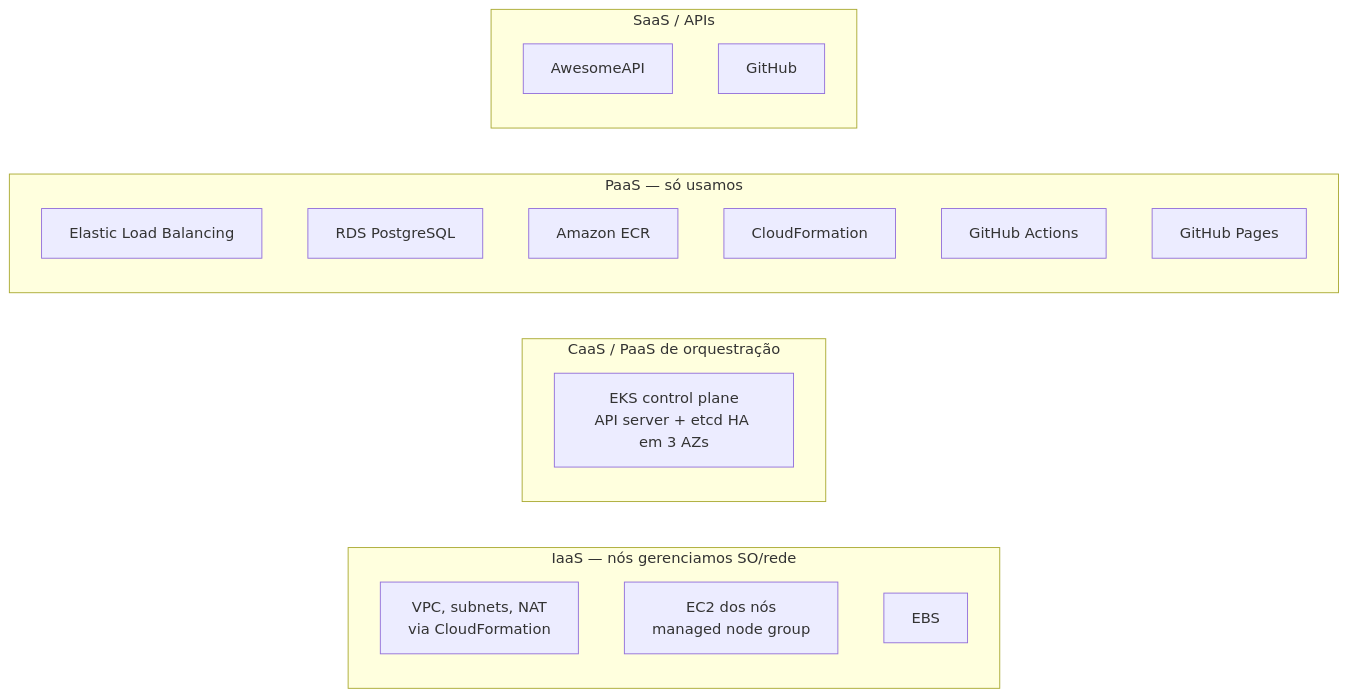
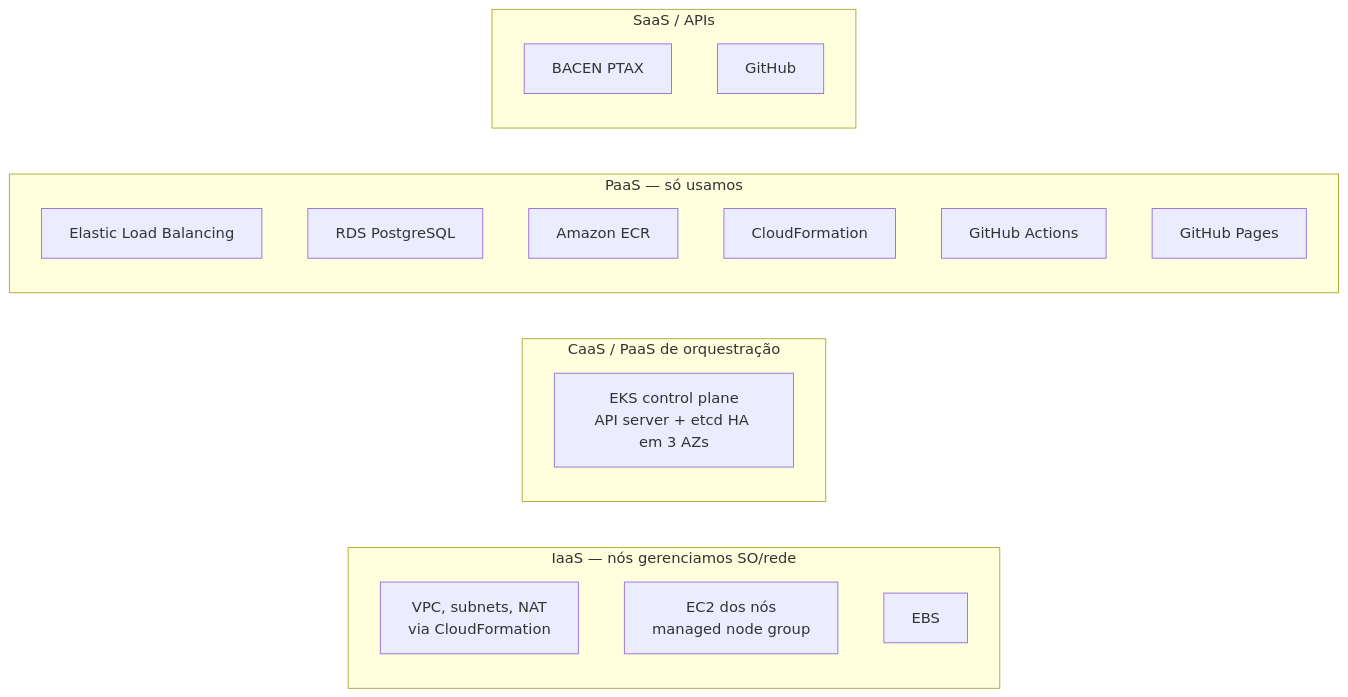
One commit to EuMiguelll/Projeto-PMA changed the second of 2 diagrams in docs/projeto/custos.md. Above: the diagram before and after it, drawn with Mermaid. The commit also changed other lines of this file and 15 other files, not shown here.

First line of the commit message:
Exchange no PTAX do BACEN: sem API key nem Secret

````diff
--- a/docs/projeto/custos.md
+++ b/docs/projeto/custos.md
@@ -234,23 +234,23 @@
 ```mermaid
 flowchart LR
     subgraph iaas [IaaS — nós gerenciamos SO/rede]
         vpc[VPC, subnets, NAT<br/>via CloudFormation]
         ec2[EC2 dos nós<br/>managed node group]
         ebs[EBS]
     end
     subgraph caas [CaaS / PaaS de orquestração]
         eks[EKS control plane<br/>API server + etcd HA em 3 AZs]
     end
     subgraph paas [PaaS — só usamos]
         elb[Elastic Load Balancing]
         rds[RDS PostgreSQL]
         ecr[Amazon ECR]
         cf[CloudFormation]
         gha[GitHub Actions]
         pages[GitHub Pages]
     end
     subgraph saas [SaaS / APIs]
-        awesome[AwesomeAPI]
+        awesome[BACEN PTAX]
         gh[GitHub]
     end
 ```
````
